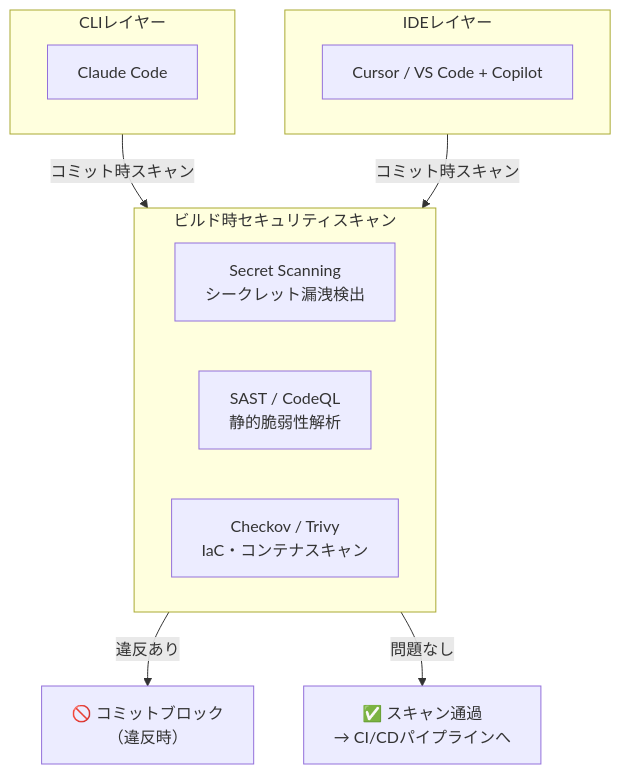
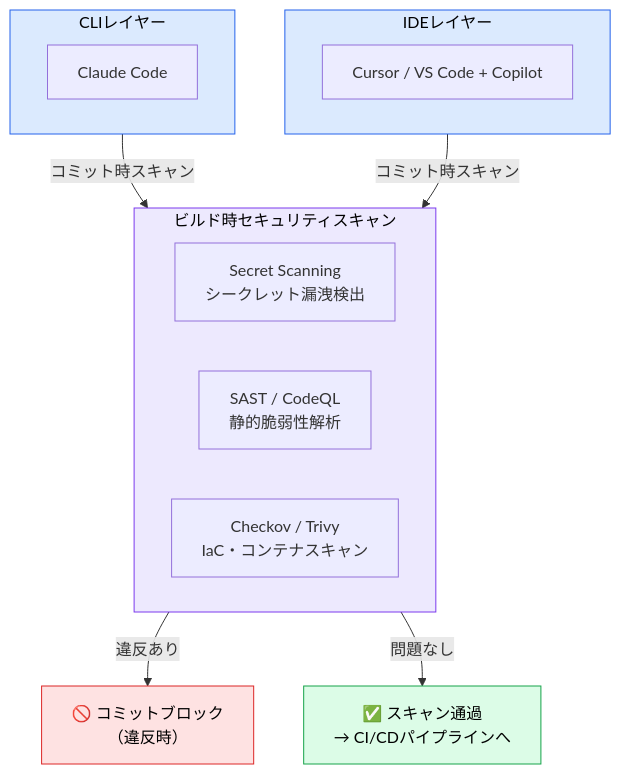
One commit to takuma39/ai changed diagram 21 of 44 in AI駆動開発.md. Above: the diagram before and after it, drawn with Mermaid. The commit also changed other lines of this file, not shown here.

````diff
--- a/AI駆動開発.md
+++ b/AI駆動開発.md
@@ -805,24 +873,30 @@
 ```mermaid
 graph TD
     subgraph ide["IDEレイヤー"]
         Cursor["Cursor / VS Code + Copilot"]
     end
 
     subgraph cli["CLIレイヤー"]
         CC["Claude Code"]
     end
 
     subgraph security["ビルド時セキュリティスキャン"]
         SecScan["Secret Scanning<br/>シークレット漏洩検出"]
         SAST["SAST / CodeQL<br/>静的脆弱性解析"]
         InfraSec["Checkov / Trivy<br/>IaC・コンテナスキャン"]
     end
 
     Block["🚫 コミットブロック<br/>（違反時）"]
     Pass["✅ スキャン通過<br/>→ CI/CDパイプラインへ"]
 
     cli -->|"コミット時スキャン"| security
     ide -->|"コミット時スキャン"| security
     security -->|"違反あり"| Block
     security -->|"問題なし"| Pass
+
+    style ide fill:#dbeafe,stroke:#2563eb,color:#000
+    style cli fill:#dbeafe,stroke:#2563eb,color:#000
+    style security fill:#ede9fe,stroke:#7c3aed,color:#000
+    style Block fill:#fee2e2,stroke:#dc2626,color:#000
+    style Pass fill:#dcfce7,stroke:#16a34a,color:#000
 ```
````
